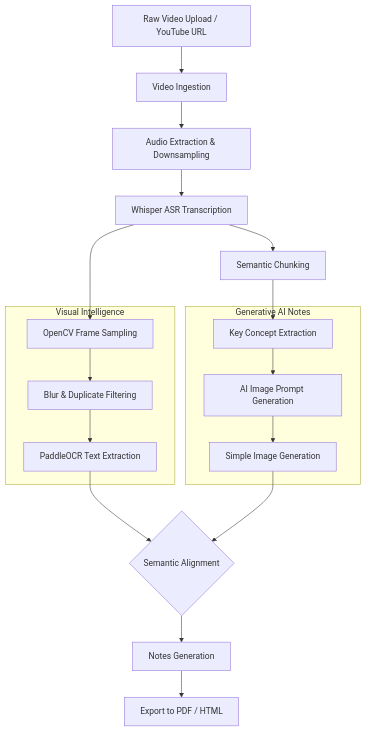
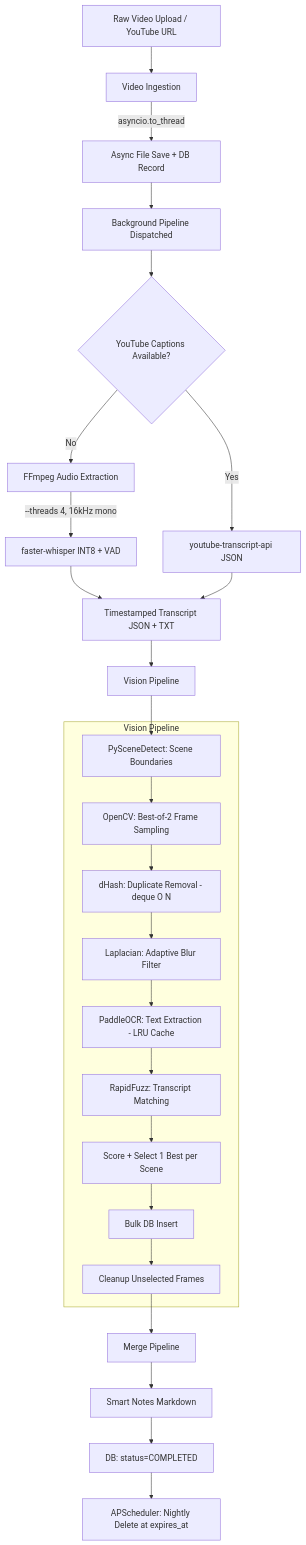
One commit to Meetvirugama/EduScribe-AI changed the diagram in docs/Processing_Pipeline.md. Above: the diagram before and after it, drawn with Mermaid. The commit also changed other lines of this file and 17 other files, not shown here.

````diff
--- a/docs/Processing_Pipeline.md
+++ b/docs/Processing_Pipeline.md
@@ -10,34 +10,35 @@
 ```mermaid
 graph TD
     A[Raw Video Upload / YouTube URL] --> B[Video Ingestion]
-    B --> C[Audio Extraction & Downsampling]
-    C --> D[Whisper ASR Transcription]
-    
-    D --> E[Semantic Chunking]
-    
-    subgraph Visual Intelligence
-        F[OpenCV Frame Sampling]
-        G[Blur & Duplicate Filtering]
-        H[PaddleOCR Text Extraction]
+    B -->|asyncio.to_thread| C[Async File Save + DB Record]
+    C --> D[Background Pipeline Dispatched]
+
+    D --> E{YouTube Captions Available?}
+    E -->|Yes| F[youtube-transcript-api JSON]
+    E -->|No| G[FFmpeg Audio Extraction]
+    G -->|--threads 4, 16kHz mono| H[faster-whisper INT8 + VAD]
+    H --> I[Timestamped Transcript JSON + TXT]
+    F --> I
+
+    I --> J[Vision Pipeline]
+
+    subgraph Vision Pipeline
+        J1[PySceneDetect: Scene Boundaries]
+        J2[OpenCV: Best-of-2 Frame Sampling]
+        J3[dHash: Duplicate Removal - deque O N]
+        J4[Laplacian: Adaptive Blur Filter]
+        J5[PaddleOCR: Text Extraction - LRU Cache]
+        J6[RapidFuzz: Transcript Matching]
+        J7[Score + Select 1 Best per Scene]
+        J8[Bulk DB Insert]
+        J9[Cleanup Unselected Frames]
+
+        J1 --> J2 --> J3 --> J4 --> J5 --> J6 --> J7 --> J8 --> J9
     end
-    
-    subgraph Generative AI Notes
-        I[Key Concept Extraction]
-        J[AI Image Prompt Generation]
-        K[Simple Image Generation]
-    end
-    
-    D --> F
-    F --> G
-    G --> H
-    
-    E --> I
-    I --> J
-    J --> K
-    
-    H --> L{Semantic Alignment}
-    K --> L
-    
-    L --> M[Notes Generation]
-    M --> N[Export to PDF / HTML]
+
+    J --> J1
+    J9 --> K[Merge Pipeline]
+    K --> L[Smart Notes Markdown]
+    L --> M[DB: status=COMPLETED]
+    M --> N[APScheduler: Nightly Delete at expires_at]
 ```
````
